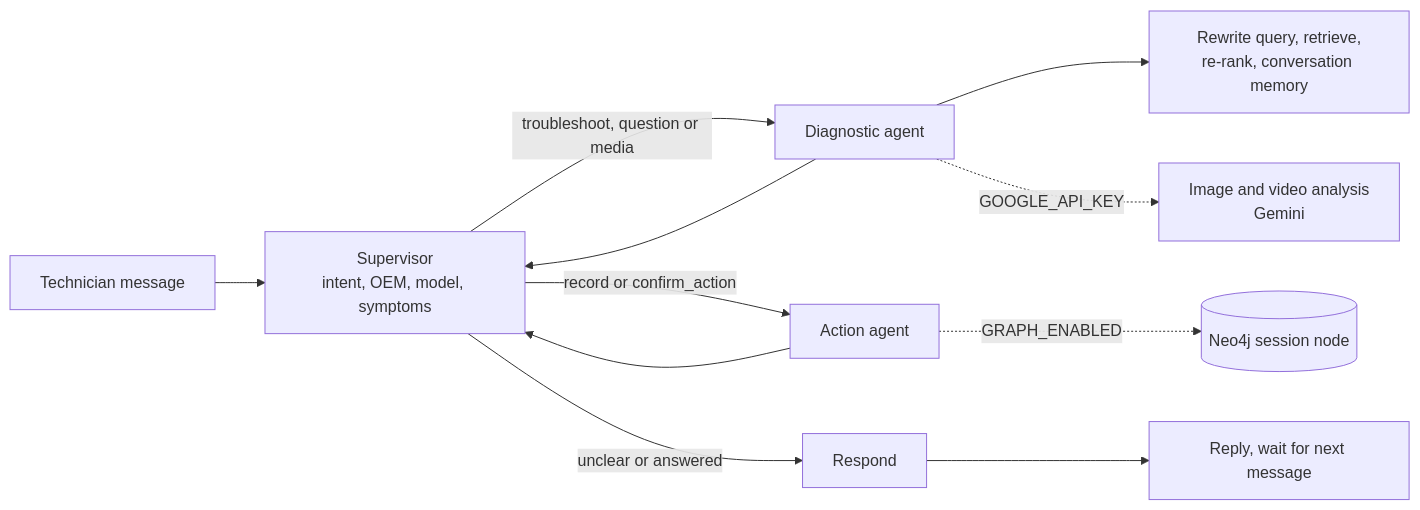
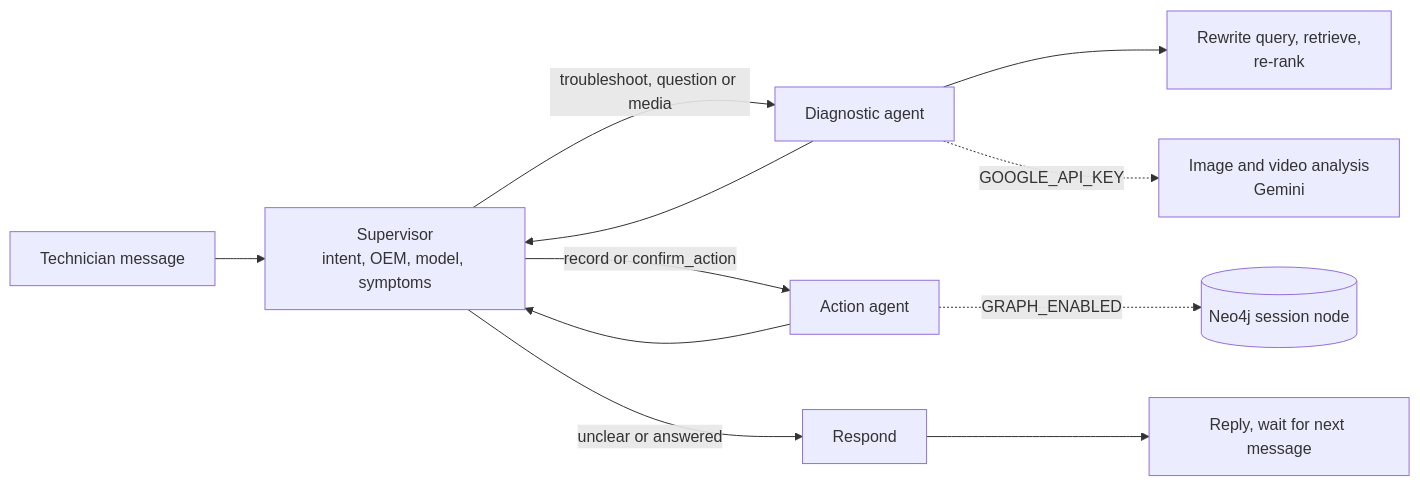
The second of 2 diagrams in README.md (darblinko/service-manual-rag), drawn with Mermaid before and after one commit. The commit also changed other lines of this file, not shown here.

Commit message:
docs: describe agent turns, media handling and the unused conversation memory

````diff
--- a/README.md
+++ b/README.md
@@ -41,13 +41,13 @@
 ```mermaid
 flowchart LR
   message[Technician message] --> supervisor[Supervisor<br/>intent, OEM, model, symptoms]
   supervisor -- troubleshoot, question or media --> diagnostic[Diagnostic agent]
   supervisor -- record or confirm_action --> action[Action agent]
   supervisor -- unclear or answered --> respond[Respond]
   diagnostic --> supervisor
   action --> supervisor
   respond --> reply[Reply, wait for next message]
-  diagnostic --> rag[Rewrite query, retrieve,<br/>re-rank, conversation memory]
+  diagnostic --> rag[Rewrite query, retrieve,<br/>re-rank]
   diagnostic -. GOOGLE_API_KEY .-> vlm[Image and video analysis<br/>Gemini]
   action -. GRAPH_ENABLED .-> session[(Neo4j session node)]
 ```
````
